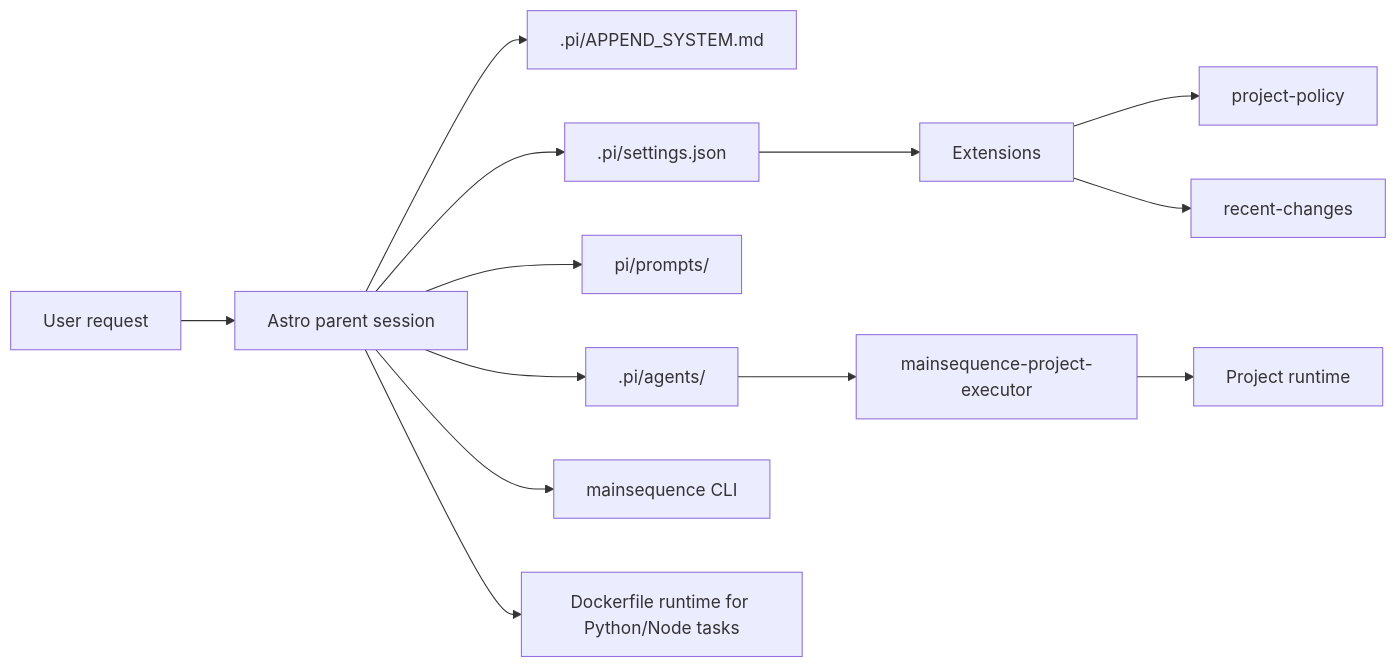
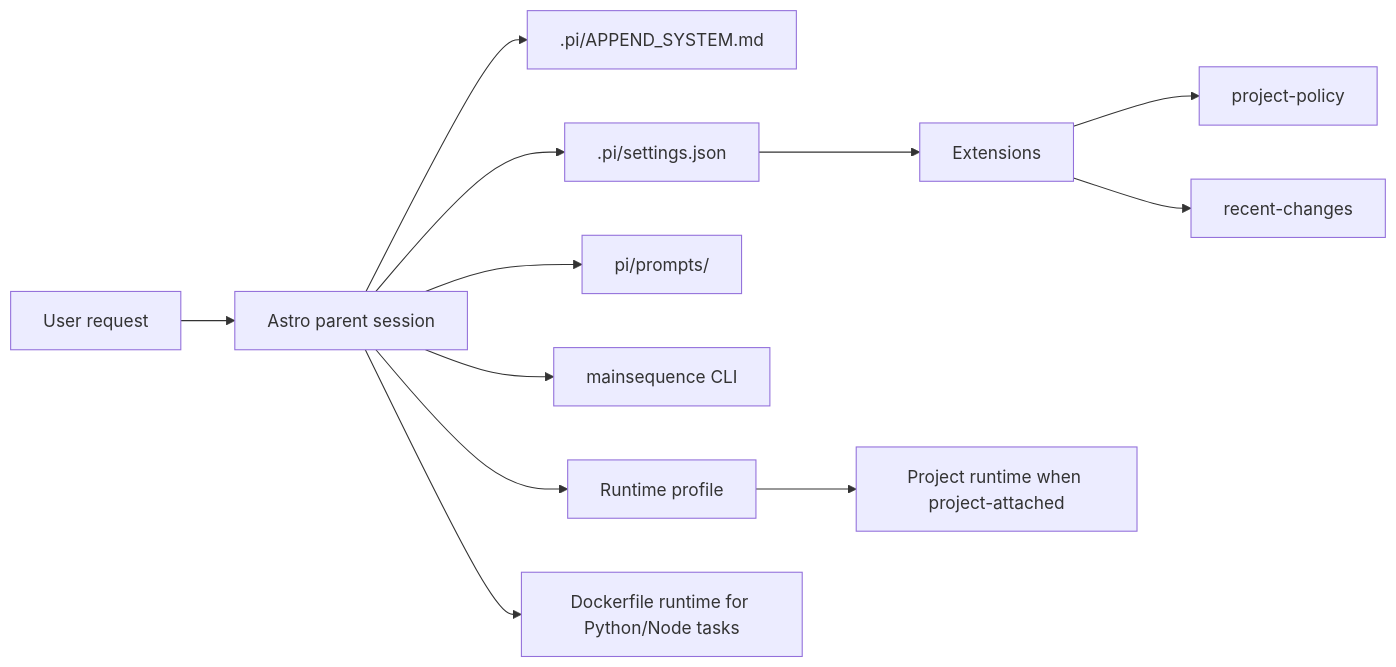
One commit to mainsequence-sdk/ms-tau-sdk changed the diagram in docs/README.md. Above: the diagram before and after it, drawn with Mermaid. The commit also changed other lines of this file and 52 other files, not shown here.

````diff
--- a/docs/README.md
+++ b/docs/README.md
@@ -25,19 +25,18 @@
 ```mermaid
 flowchart LR
     U["User request"] --> P["Astro parent session"]
     P --> SYS[".pi/APPEND_SYSTEM.md"]
     P --> SET[".pi/settings.json"]
     SET --> EXT["Extensions"]
 
     EXT --> PP["project-policy"]
     EXT --> RC["recent-changes"]
 
     P --> PROMPTS["pi/prompts/"]
-    P --> AGENTS[".pi/agents/"]
     P --> CLI["mainsequence CLI"]
 
-AGENTS --> EXEC["mainsequence-project-executor"]
-    EXEC --> TARGET["Project runtime"]
+    P --> PROFILE["Runtime profile"]
+    PROFILE --> TARGET["Project runtime when project-attached"]
 
     P --> DOCKER["Dockerfile runtime for Python/Node tasks"]
 ```
````
